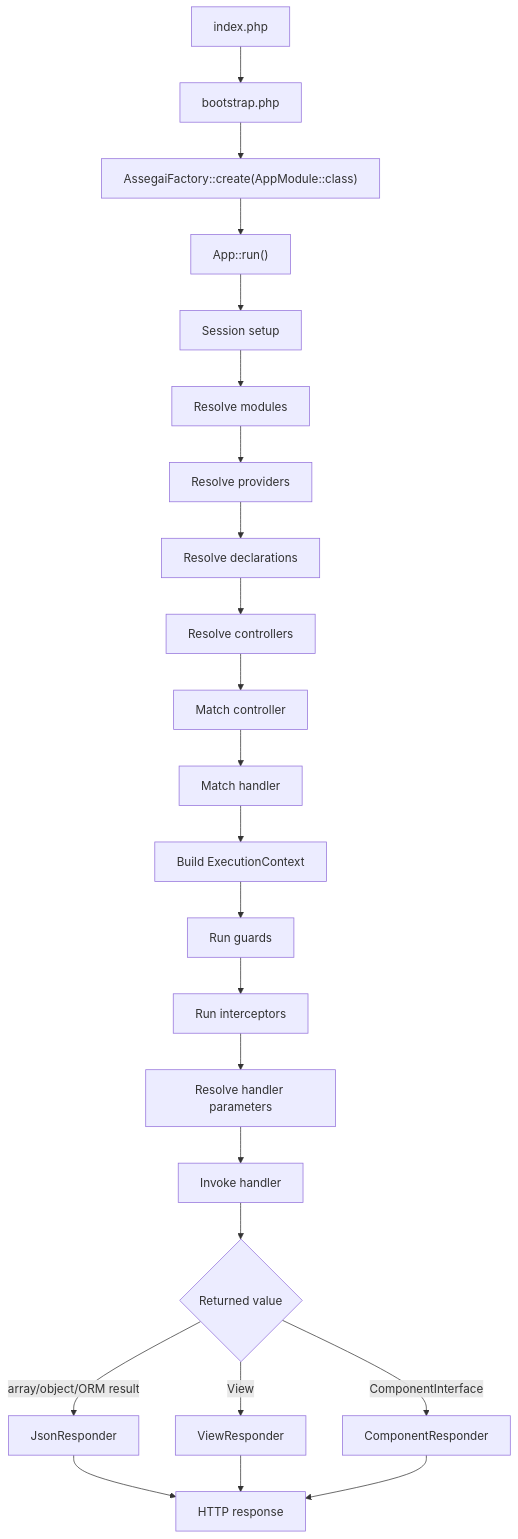
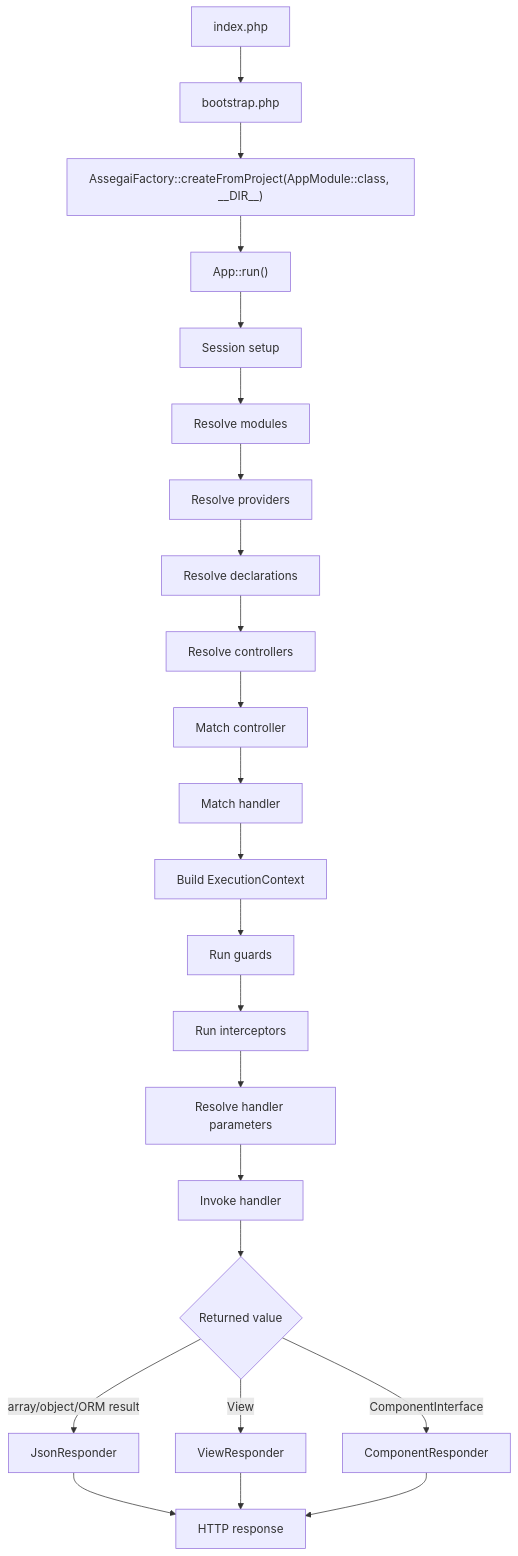
One commit to assegaiphp/core changed the first of 2 diagrams in docs/architecture-and-lifecycle.md. Above: the diagram before and after it, drawn with Mermaid. The commit also changed 20 other files, not shown here.

````diff
--- a/docs/architecture-and-lifecycle.md
+++ b/docs/architecture-and-lifecycle.md
@@ -68,25 +68,25 @@
 ```mermaid
 flowchart TD
   A["index.php"] --> B["bootstrap.php"]
-  B --> C["AssegaiFactory::create(AppModule::class)"]
+  B --> C["AssegaiFactory::createFromProject(AppModule::class, __DIR__)"]
   C --> D["App::run()"]
   D --> E["Session setup"]
   E --> F["Resolve modules"]
   F --> G["Resolve providers"]
   G --> H["Resolve declarations"]
   H --> I["Resolve controllers"]
   I --> J["Match controller"]
   J --> K["Match handler"]
   K --> L["Build ExecutionContext"]
   L --> M["Run guards"]
   M --> N["Run interceptors"]
   N --> O["Resolve handler parameters"]
   O --> P["Invoke handler"]
   P --> Q{"Returned value"}
   Q -->|array/object/ORM result| R["JsonResponder"]
   Q -->|View| S["ViewResponder"]
   Q -->|ComponentInterface| T["ComponentResponder"]
   R --> U["HTTP response"]
   S --> U
   T --> U
 ```
````
